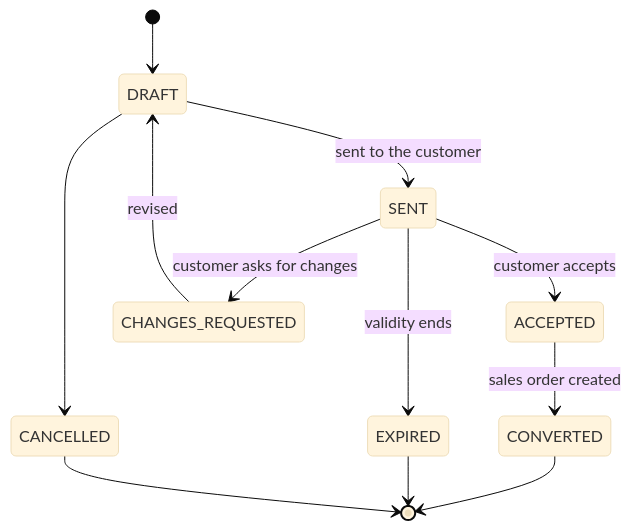
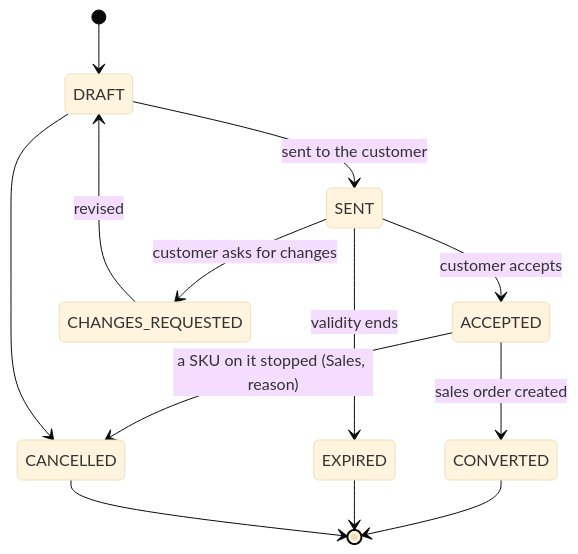
Before and after one commit to KLTN-FA26/be-backoffice-stockflow-commerce: diagram 18 of 18 in docs/business-design/03-state-machines.md, drawn with Mermaid (base theme). The commit also changed other lines of this file and 21 other files, not shown here.

````diff
--- a/docs/business-design/03-state-machines.md
+++ b/docs/business-design/03-state-machines.md
@@ -780,14 +780,15 @@
 ```mermaid
 stateDiagram-v2
     [*] --> DRAFT
     DRAFT --> SENT: sent to the customer
     SENT --> ACCEPTED: customer accepts
     SENT --> CHANGES_REQUESTED: customer asks for changes
     CHANGES_REQUESTED --> DRAFT: revised
     SENT --> EXPIRED: validity ends
     ACCEPTED --> CONVERTED: sales order created
+    ACCEPTED --> CANCELLED: a SKU on it stopped (Sales, reason)
     DRAFT --> CANCELLED
     CONVERTED --> [*]
     EXPIRED --> [*]
     CANCELLED --> [*]
 ```
````
